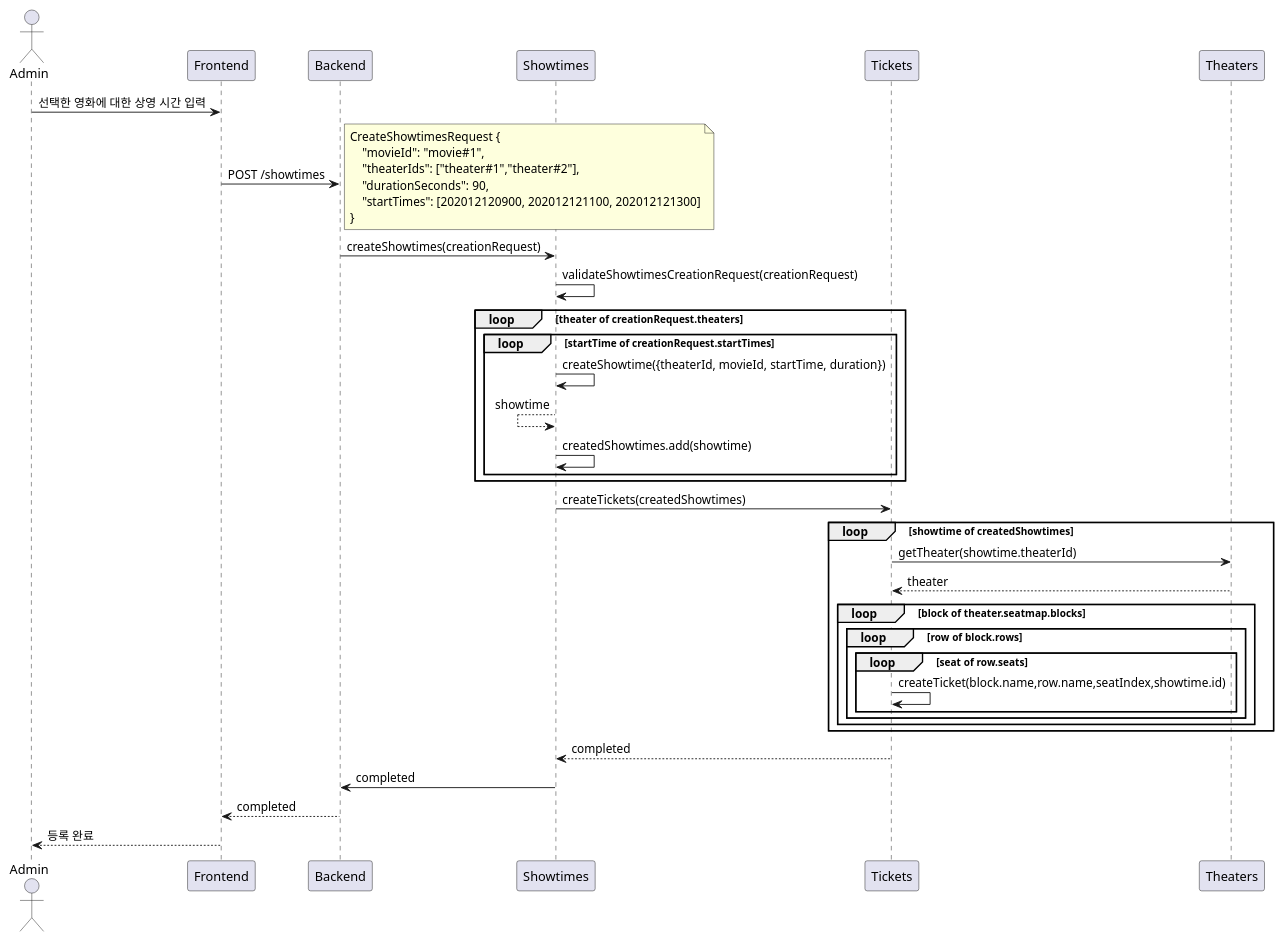
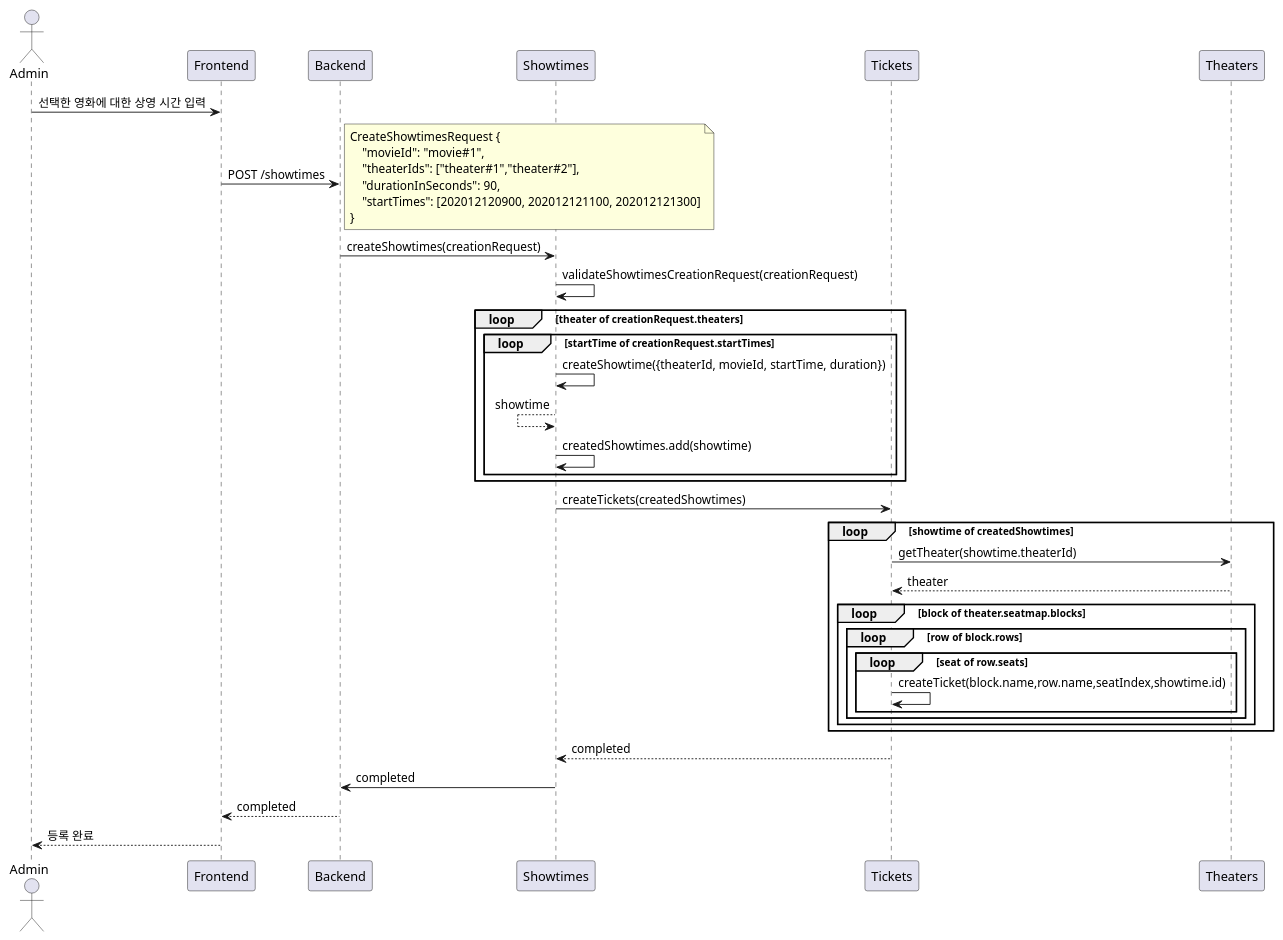
One commit to songminkyu/nest-msa changed the first of 2 diagrams in docs/_old/showtimes-registration.md. Above: the diagram before and after it, drawn with PlantUML. The commit also changed 17 other files, not shown here.

Commit message:
refactor: standardize durationSeconds to durationInSeconds for consistency across movie-related entities

````diff
--- a/docs/_old/showtimes-registration.md
+++ b/docs/_old/showtimes-registration.md
@@ -66,43 +66,43 @@
 ```plantuml
 @startuml
 actor Admin
 
 Admin -> Frontend: 선택한 영화에 대한 상영 시간 입력
 Frontend -> Backend: POST /showtimes
     note right
     CreateShowtimesRequest {
         "movieId": "movie#1",
         "theaterIds": ["theater#1","theater#2"],
-        "durationSeconds": 90,
+        "durationInSeconds": 90,
         "startTimes": [202012120900, 202012121100, 202012121300]
     }
     end note
 Backend -> Showtimes: createShowtimes(creationRequest)
 Showtimes -> Showtimes: validateShowtimesCreationRequest(creationRequest)
 loop theater of creationRequest.theaters
     loop startTime of creationRequest.startTimes
         Showtimes -> Showtimes: createShowtime({theaterId, movieId, startTime, duration})
         Showtimes <-- Showtimes: showtime
         Showtimes -> Showtimes: createdShowtimes.add(showtime)
     end
 end
 
 Showtimes -> Tickets: createTickets(createdShowtimes)
 loop showtime of createdShowtimes
     Tickets -> Theaters: getTheater(showtime.theaterId)
     Tickets <-- Theaters: theater
     loop block of theater.seatmap.blocks
         loop row of block.rows
             loop seat of row.seats
                 Tickets -> Tickets: createTicket(block.name,row.name,seatIndex,showtime.id)
             end
         end
     end
 end
 Showtimes <-- Tickets: completed
 
 Showtimes -> Backend: completed
 Frontend <-- Backend: completed
 Admin <-- Frontend: 등록 완료
 @enduml
 ```
````
